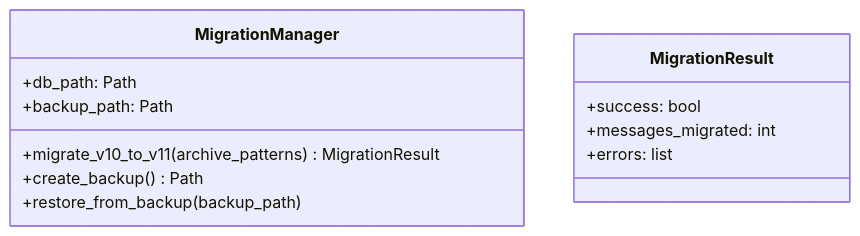
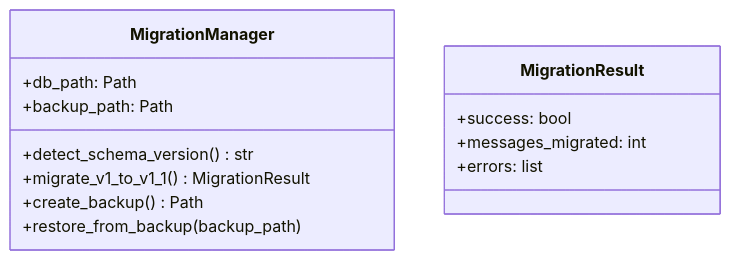
Before and after one commit to tumma72/GMailArchiver: the fifth of 7 diagrams in src/gmailarchiver/data/ARCHITECTURE.md, drawn with Mermaid. The commit also changed other lines of this file and 53 other files, not shown here.

First line of the commit message:
refactor: Major architecture cleanup - HybridStorage as single data gateway

````diff
--- a/src/gmailarchiver/data/ARCHITECTURE.md
+++ b/src/gmailarchiver/data/ARCHITECTURE.md
@@ -200,15 +416,17 @@
 ```mermaid
 classDiagram
     class MigrationManager {
         +db_path: Path
         +backup_path: Path
-        +migrate_v10_to_v11(archive_patterns) MigrationResult
+        +detect_schema_version() str
+        +migrate_v1_to_v1_1() MigrationResult
         +create_backup() Path
         +restore_from_backup(backup_path)
     }
+
     class MigrationResult {
         +success: bool
         +messages_migrated: int
         +errors: list
     }
 ```
````
